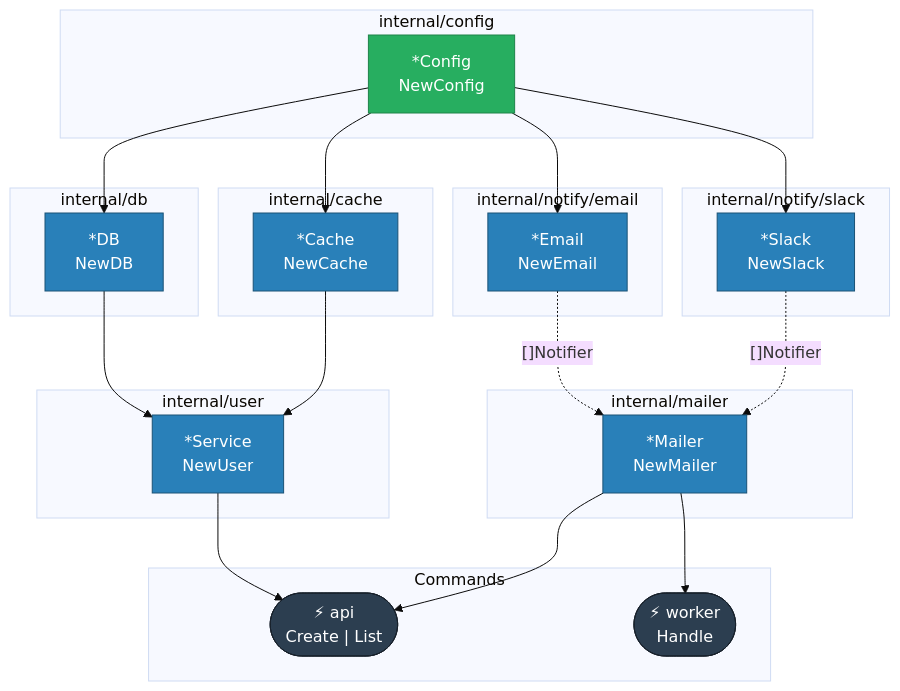
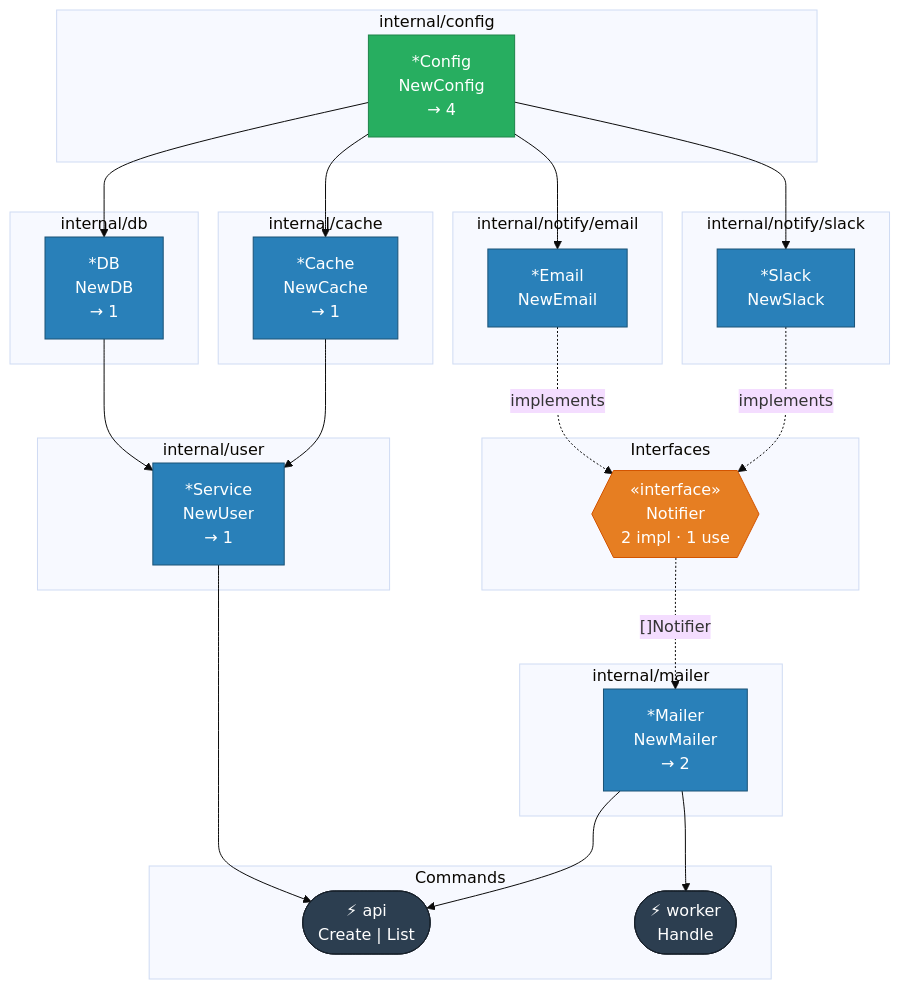
The diagram in testapp/dependency-graph.mmd (iVampireSP/autodi), drawn with Mermaid (base theme) before and after one commit. The commit also changed 4 other files, not shown here.

First line of the commit message:
feat: add dependency counts to DI graph and package diagram

```diff
--- a/testapp/dependency-graph.mmd
+++ b/testapp/dependency-graph.mmd
@@ -1,67 +1,79 @@
 %% Generated by autodi — DO NOT EDIT
+%% Requires Mermaid v10.0+ for hexagon {{...}} interface nodes
 flowchart TB
 
-    classDef leaf    fill:#27ae60,stroke:#1e8449,color:#fff
-    classDef provider fill:#2980b9,stroke:#1a5276,color:#fff
-    classDef invoke  fill:#8e44ad,stroke:#6c3483,color:#fff
-    classDef command fill:#2c3e50,stroke:#17202a,color:#fff
+    classDef leaf      fill:#27ae60,stroke:#1e8449,color:#fff
+    classDef provider  fill:#2980b9,stroke:#1a5276,color:#fff
+    classDef invoke    fill:#8e44ad,stroke:#6c3483,color:#fff
+    classDef command   fill:#2c3e50,stroke:#17202a,color:#fff
+    classDef iface     fill:#e67e22,stroke:#d35400,color:#fff
+    classDef decorator fill:#c0392b,stroke:#922b21,color:#fff
 
     %% ── Providers ────────────────────────────────────────────────────────
     subgraph sg_internal_cache["internal/cache"]
-        P_cache_NewCache["*Cache<br/>NewCache"]
+        P_cache_NewCache["*Cache<br/>NewCache<br/>→ 1"]
     end
 
     subgraph sg_internal_config["internal/config"]
-        P_config_NewConfig["*Config<br/>NewConfig"]
+        P_config_NewConfig["*Config<br/>NewConfig<br/>→ 4"]
     end
 
     subgraph sg_internal_db["internal/db"]
-        P_db_NewDB["*DB<br/>NewDB"]
+        P_db_NewDB["*DB<br/>NewDB<br/>→ 1"]
     end
 
     subgraph sg_internal_mailer["internal/mailer"]
-        P_mailer_NewMailer["*Mailer<br/>NewMailer"]
+        P_mailer_NewMailer["*Mailer<br/>NewMailer<br/>→ 2"]
     end
 
     subgraph sg_internal_notify_email["internal/notify/email"]
         P_email_NewEmail["*Email<br/>NewEmail"]
     end
 
     subgraph sg_internal_notify_slack["internal/notify/slack"]
         P_slack_NewSlack["*Slack<br/>NewSlack"]
     end
 
     subgraph sg_internal_user["internal/user"]
-        P_user_NewUser["*Service<br/>NewUser"]
+        P_user_NewUser["*Service<br/>NewUser<br/>→ 1"]
     end
+
+    %% ── Interfaces ───────────────────────────────────────────────────────
+    subgraph sg_interfaces["Interfaces"]
+        IF_notify_Notifier{{"«interface»<br/>Notifier<br/>2 impl · 1 use"}}
+    end
+
+    %% ── Implements ───────────────────────────────────────────────────────
+    P_email_NewEmail -.->|implements| IF_notify_Notifier
+    P_slack_NewSlack -.->|implements| IF_notify_Notifier
 
     %% ── Commands ─────────────────────────────────────────────────────────
     subgraph sg_commands["Commands"]
         C_api(["⚡ api<br/>Create | List"])
         C_worker(["⚡ worker<br/>Handle"])
     end
 
     class C_api command
     class C_worker command
 
     %% ── Dependencies ─────────────────────────────────────────────────────
     P_config_NewConfig --> P_cache_NewCache
     P_config_NewConfig --> P_db_NewDB
-    P_email_NewEmail -.->|"[]Notifier"| P_mailer_NewMailer
-    P_slack_NewSlack -.->|"[]Notifier"| P_mailer_NewMailer
+    IF_notify_Notifier -.->|"[]Notifier"| P_mailer_NewMailer
     P_config_NewConfig --> P_email_NewEmail
     P_config_NewConfig --> P_slack_NewSlack
     P_db_NewDB --> P_user_NewUser
     P_cache_NewCache --> P_user_NewUser
     P_user_NewUser --> C_api
     P_mailer_NewMailer --> C_api
     P_mailer_NewMailer --> C_worker
 
     %% ── Styles ──────────────────────────────────────────────────────────
     class P_config_NewConfig leaf
     class P_cache_NewCache provider
     class P_db_NewDB provider
     class P_mailer_NewMailer provider
     class P_email_NewEmail provider
     class P_slack_NewSlack provider
     class P_user_NewUser provider
+    class IF_notify_Notifier iface
```
